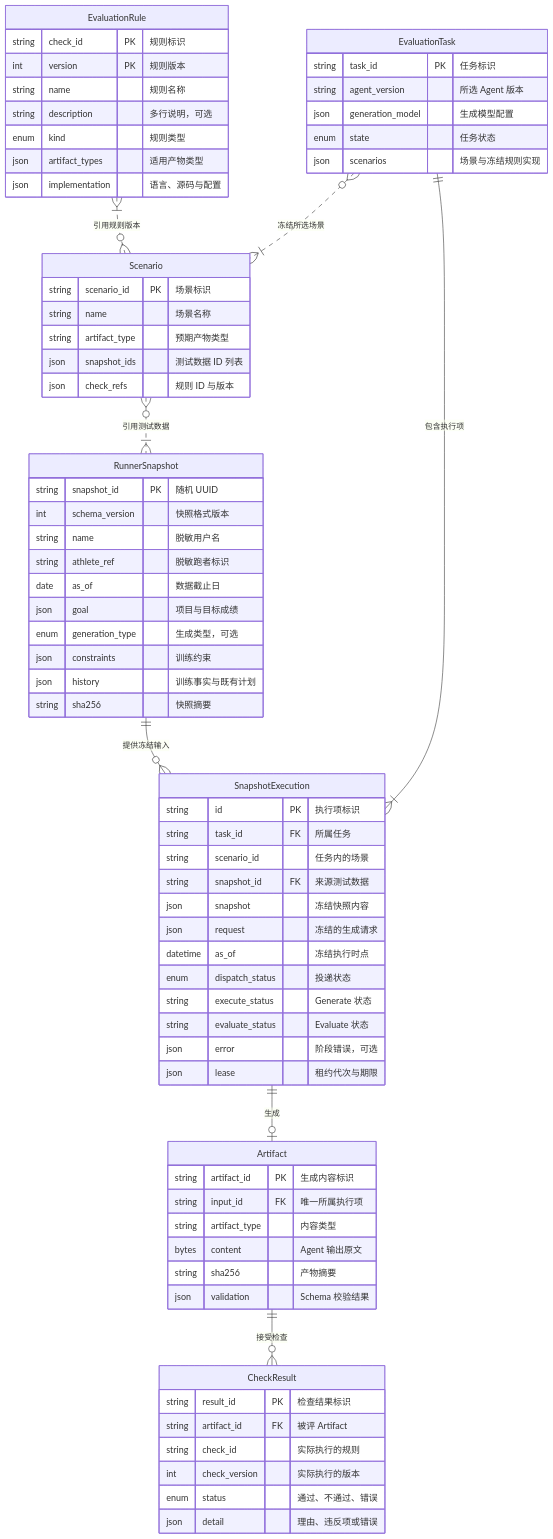
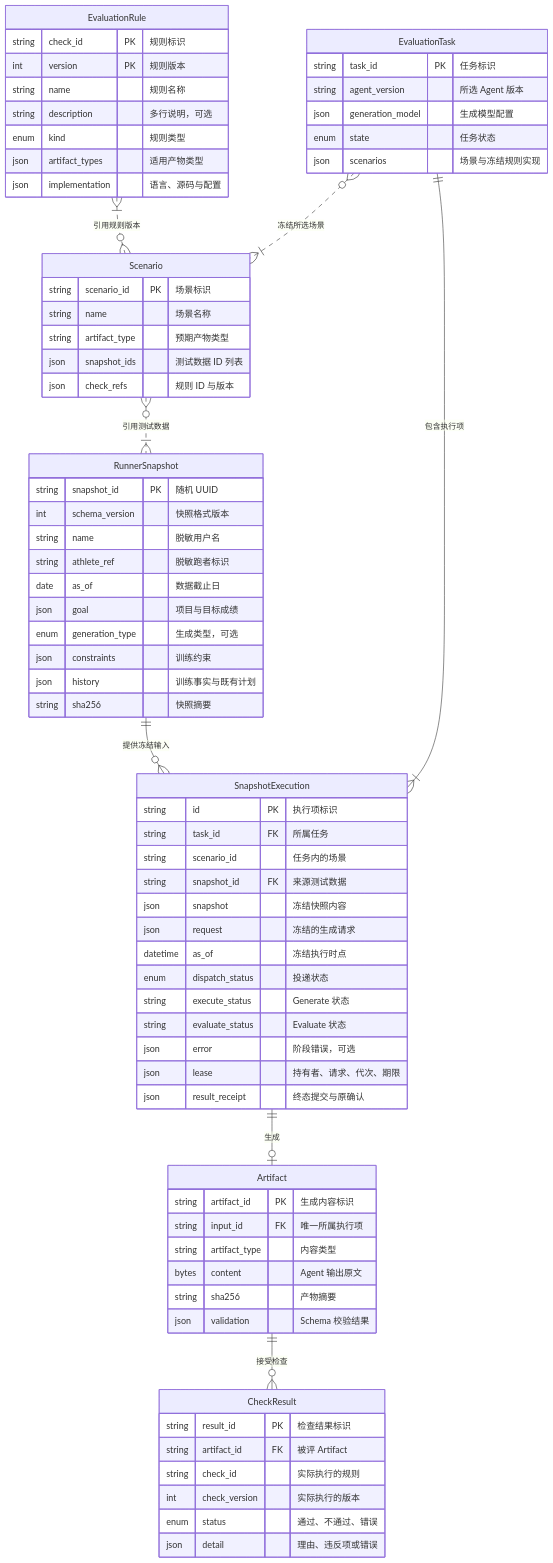
One commit to zhaochy1990/running changed the second of 2 diagrams in docs/superpowers/specs/2026-11-23-offline-plan-eval.md. Above: the diagram before and after it, drawn with Mermaid. The commit also changed other lines of this file and 1 other file, not shown here.

````diff
--- a/docs/superpowers/specs/2026-11-23-offline-plan-eval.md
+++ b/docs/superpowers/specs/2026-11-23-offline-plan-eval.md
@@ -234,75 +234,76 @@
 ```mermaid
 erDiagram
     EvaluationRule {
         string check_id PK "规则标识"
         int version PK "规则版本"
         string name "规则名称"
         string description "多行说明，可选"
         enum kind "规则类型"
         json artifact_types "适用产物类型"
         json implementation "语言、源码与配置"
     }
     Scenario {
         string scenario_id PK "场景标识"
         string name "场景名称"
         string artifact_type "预期产物类型"
         json snapshot_ids "测试数据 ID 列表"
         json check_refs "规则 ID 与版本"
     }
     RunnerSnapshot {
         string snapshot_id PK "随机 UUID"
         int schema_version "快照格式版本"
         string name "脱敏用户名"
         string athlete_ref "脱敏跑者标识"
         date as_of "数据截止日"
         json goal "项目与目标成绩"
         enum generation_type "生成类型，可选"
         json constraints "训练约束"
         json history "训练事实与既有计划"
         string sha256 "快照摘要"
     }
     EvaluationTask {
         string task_id PK "任务标识"
         string agent_version "所选 Agent 版本"
         json generation_model "生成模型配置"
         enum state "任务状态"
         json scenarios "场景与冻结规则实现"
     }
     SnapshotExecution {
         string id PK "执行项标识"
         string task_id FK "所属任务"
         string scenario_id "任务内的场景"
         string snapshot_id FK "来源测试数据"
         json snapshot "冻结快照内容"
         json request "冻结的生成请求"
         datetime as_of "冻结执行时点"
         enum dispatch_status "投递状态"
         string execute_status "Generate 状态"
         string evaluate_status "Evaluate 状态"
         json error "阶段错误，可选"
-        json lease "租约代次与期限"
+        json lease "持有者、请求、代次、期限"
+        json result_receipt "终态提交与原确认"
     }
     Artifact {
         string artifact_id PK "生成内容标识"
         string input_id FK "唯一所属执行项"
         string artifact_type "内容类型"
         bytes content "Agent 输出原文"
         string sha256 "产物摘要"
         json validation "Schema 校验结果"
     }
     CheckResult {
         string result_id PK "检查结果标识"
         string artifact_id FK "被评 Artifact"
         string check_id "实际执行的规则"
         int check_version "实际执行的版本"
         enum status "通过、不通过、错误"
         json detail "理由、违反项或错误"
     }
     EvaluationRule }|..o{ Scenario : "引用规则版本"
     Scenario }o..|{ RunnerSnapshot : "引用测试数据"
     EvaluationTask }o..|{ Scenario : "冻结所选场景"
     EvaluationTask ||--|{ SnapshotExecution : "包含执行项"
     RunnerSnapshot ||--o{ SnapshotExecution : "提供冻结输入"
     SnapshotExecution ||--o| Artifact : "生成"
     Artifact ||--o{ CheckResult : "接受检查"
 ```
````
